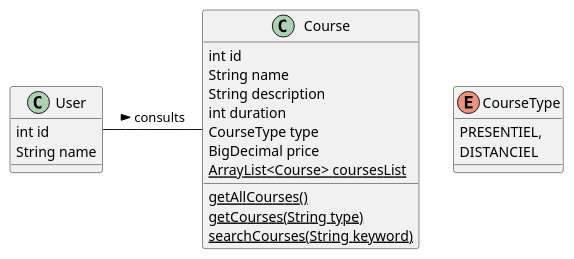
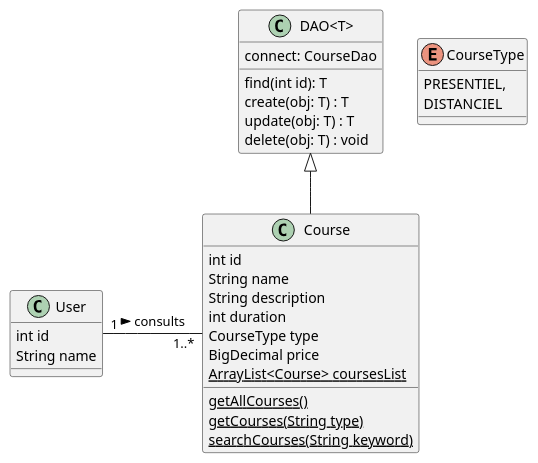
One commit to matthieu-27/eval_java_formations changed the diagram in uml_db/ClassDiagram.puml. Above: the diagram before and after it, drawn with PlantUML. The commit also changed 2 other files, not shown here.

Commit message:
feat: Ajout du pattern abstract DAO<T>

```diff
--- a/uml_db/ClassDiagram.puml
+++ b/uml_db/ClassDiagram.puml
@@ -1,27 +1,38 @@
 @startuml
 'https://plantuml.com/class-diagram
 class User{
 int id
 String name
 }
+
 class Course{
 int id
 String name
 String description
 int duration
 CourseType type
 BigDecimal price
 {static} ArrayList<Course> coursesList
 {static} getAllCourses()
 {static} getCourses(String type)
 {static} searchCourses(String keyword)
 }
 
-User -right- Course : > consults
+class "DAO<T>" {
+connect: CourseDao
+find(int id): T
+create(obj: T) : T
+update(obj: T) : T
+delete(obj: T) : void
+}
 
+User "1" -right- "1..*" Course : > consults
+"DAO<T>" <|-- Course
 enum CourseType{
     PRESENTIEL,
     DISTANCIEL
 }
 
+
+
 @enduml
```
